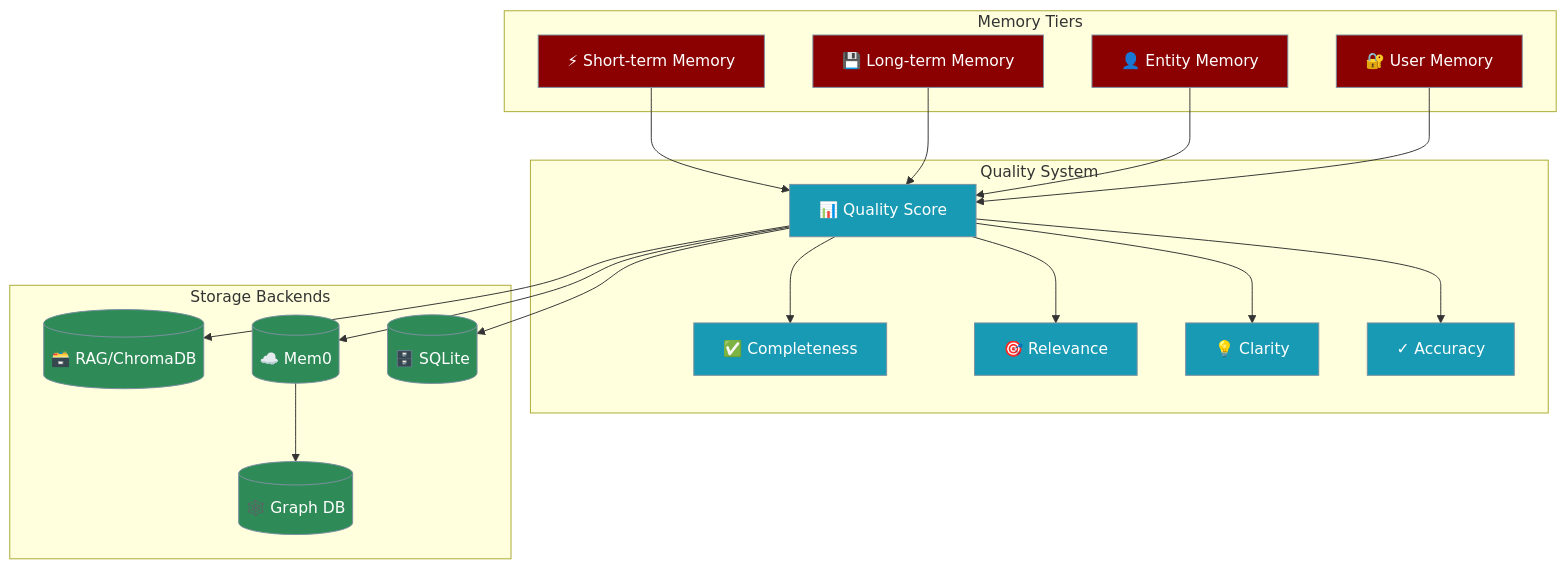
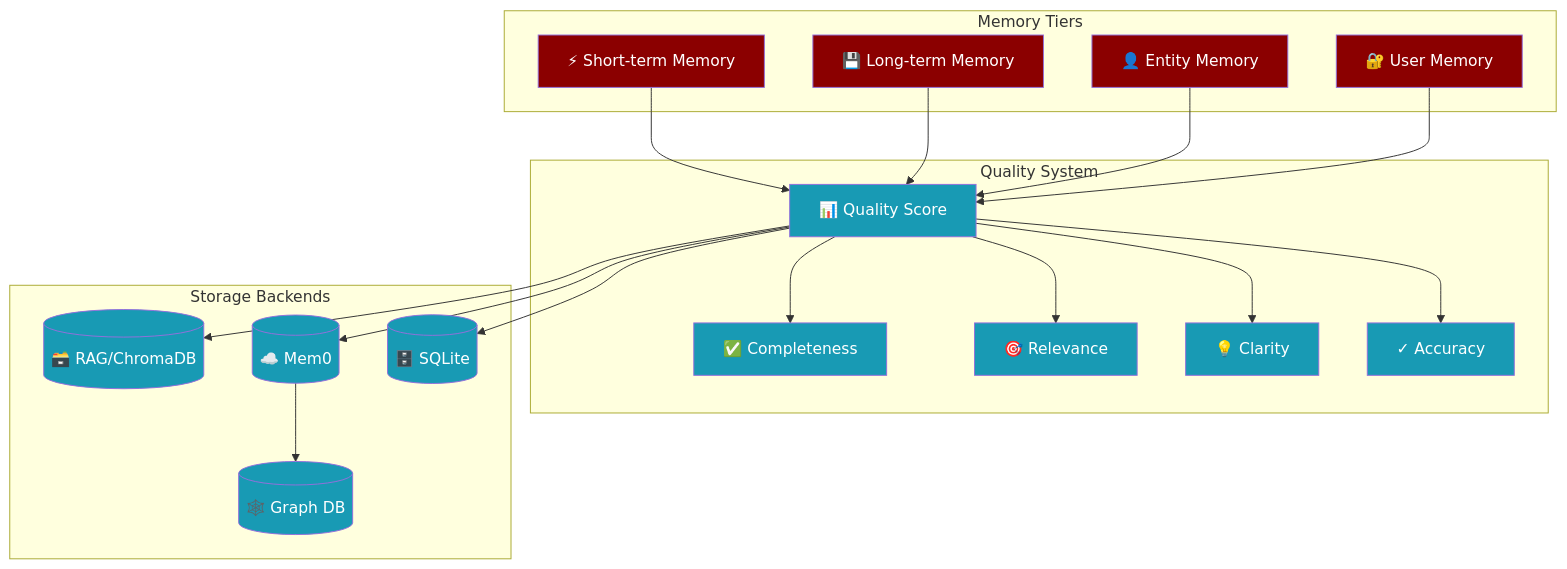
Before and after one commit to MervinPraison/PraisonAIDocs: the first of 2 diagrams in docs/features/advanced-memory.mdx, drawn with Mermaid. The commit also changed 24 other files, not shown here.

````diff
--- a/docs/features/advanced-memory.mdx
+++ b/docs/features/advanced-memory.mdx
@@ -10,47 +10,45 @@
 ```mermaid
 graph TB
     subgraph Memory Tiers
         STM[⚡ Short-term Memory]
         LTM[💾 Long-term Memory]
         ENT[👤 Entity Memory]
         USR[🔐 User Memory]
     end
     
     subgraph Quality System
         SCORE[📊 Quality Score]
         COMP[✅ Completeness]
         REL[🎯 Relevance]
         CLR[💡 Clarity]
         ACC[✓ Accuracy]
     end
     
     subgraph Storage Backends
         RAG[(🗃️ RAG/ChromaDB)]
         MEM0[(☁️ Mem0)]
         SQL[(🗄️ SQLite)]
         GRAPH[(🕸️ Graph DB)]
     end
     
     STM --> SCORE
     LTM --> SCORE
     ENT --> SCORE
     USR --> SCORE
     
     SCORE --> COMP
     SCORE --> REL
     SCORE --> CLR
     SCORE --> ACC
     
     SCORE --> RAG
     SCORE --> MEM0
     SCORE --> SQL
     MEM0 --> GRAPH
     
-    classDef memory fill:#8B0000,stroke:#7C90A0,color:#fff
-    classDef quality fill:#189AB4,stroke:#7C90A0,color:#fff
-    classDef storage fill:#2E8B57,stroke:#7C90A0,color:#fff
+    classDef agent fill:#8B0000,color:#fff
+    classDef tool fill:#189AB4,color:#fff
     
-    class STM,LTM,ENT,USR memory
-    class SCORE,COMP,REL,CLR,ACC quality
-    class RAG,MEM0,SQL,GRAPH storage
+    class STM,LTM,ENT,USR agent
+    class SCORE,COMP,REL,CLR,ACC,RAG,MEM0,SQL,GRAPH tool
 ```
````
